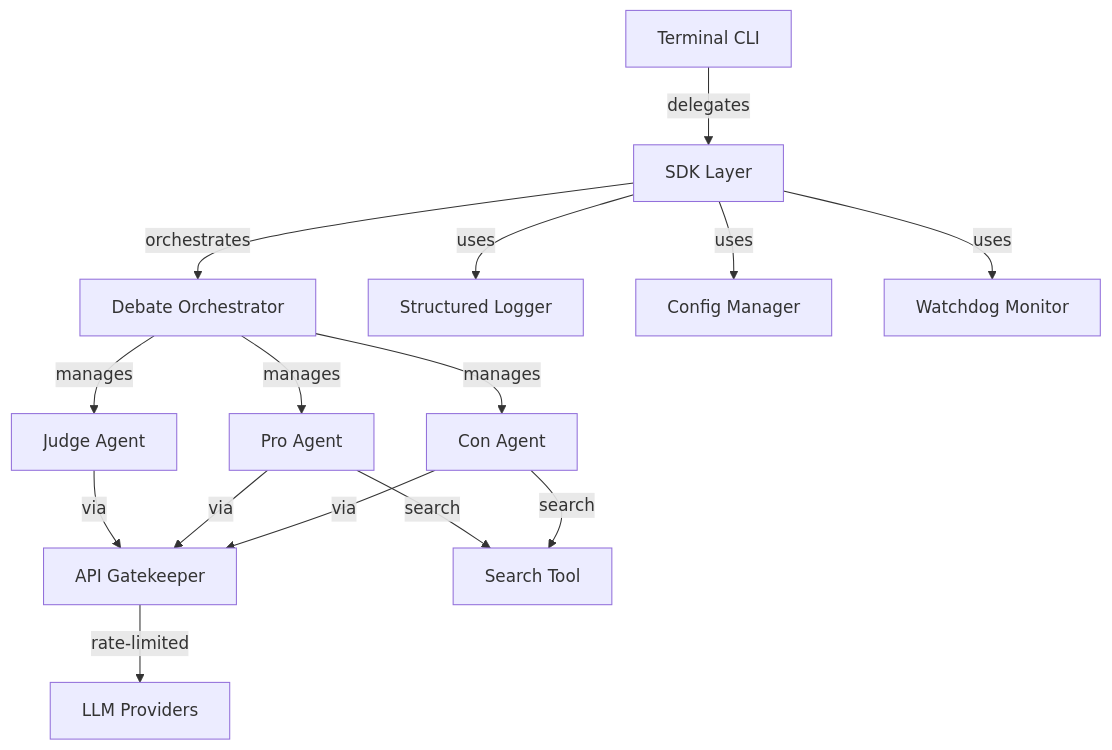
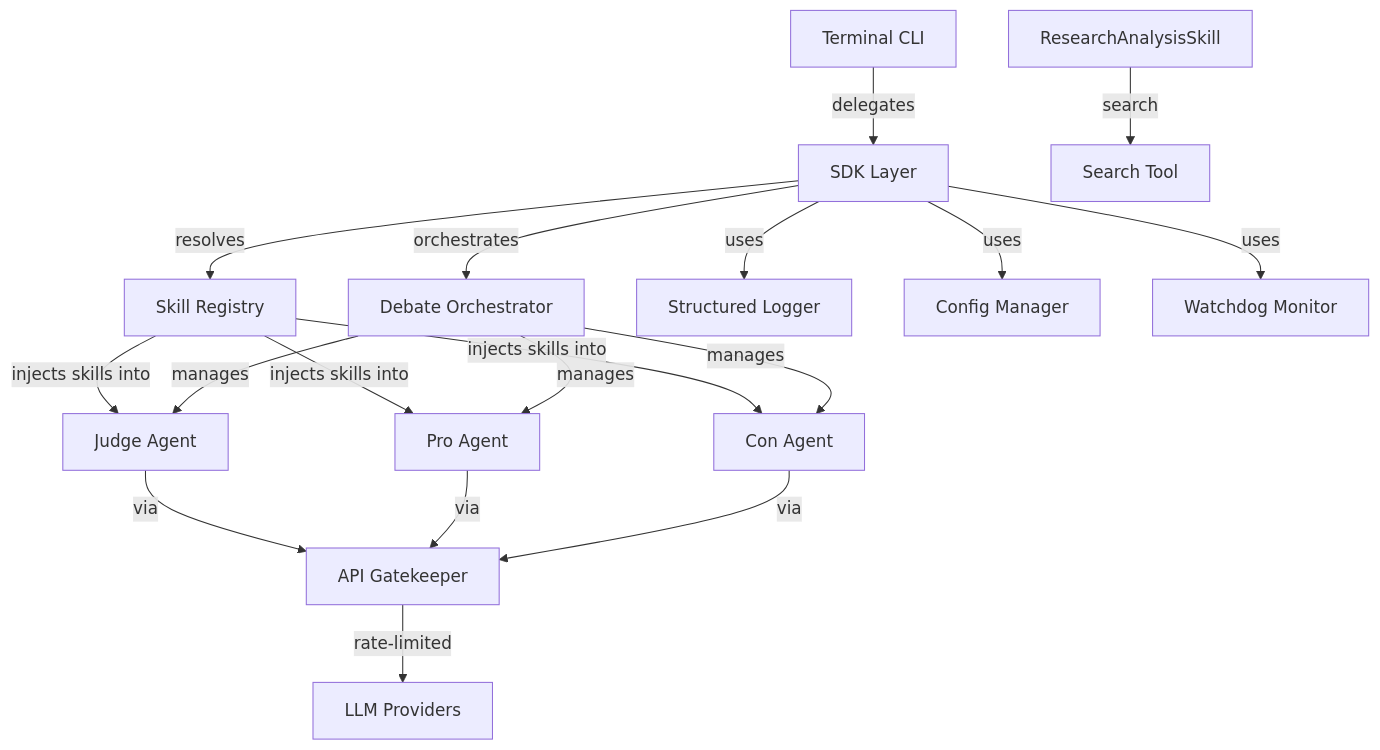
One commit to Us5rName/orchestration-hw2 changed the second of 4 diagrams in docs/PLAN.md. Above: the diagram before and after it, drawn with Mermaid. The commit also changed other lines of this file and 2 other files, not shown here.

First line of the commit message:
docs: update PLAN, TODO, and PRD for agent skills phase

````diff
--- a/docs/PLAN.md
+++ b/docs/PLAN.md
@@ -18,17 +18,20 @@
 ```mermaid
 graph TD
     CLI[Terminal CLI] -->|delegates| SDK[SDK Layer]
     SDK -->|orchestrates| DebateOrchestrator[Debate Orchestrator]
-    DebateOrchestrator -->|manages| JudgeAgent[Judge Agent]
-    DebateOrchestrator -->|manages| ProAgent[Pro Agent]
-    DebateOrchestrator -->|manages| ConAgent[Con Agent]
+    SDK -->|resolves| SkillRegistry[Skill Registry]
+    SkillRegistry -->|injects skills into| JudgeAgent[Judge Agent]
+    SkillRegistry -->|injects skills into| ProAgent[Pro Agent]
+    SkillRegistry -->|injects skills into| ConAgent[Con Agent]
+    DebateOrchestrator -->|manages| JudgeAgent
+    DebateOrchestrator -->|manages| ProAgent
+    DebateOrchestrator -->|manages| ConAgent
     JudgeAgent -->|via| Gatekeeper[API Gatekeeper]
     ProAgent -->|via| Gatekeeper
     ConAgent -->|via| Gatekeeper
     Gatekeeper -->|rate-limited| LLMProviders[LLM Providers]
-    ProAgent -->|search| SearchTool[Search Tool]
-    ConAgent -->|search| SearchTool
+    ResearchAnalysisSkill -->|search| SearchTool[Search Tool]
     SDK -->|uses| Logger[Structured Logger]
     SDK -->|uses| ConfigManager[Config Manager]
     SDK -->|uses| Watchdog[Watchdog Monitor]
 ```
````
